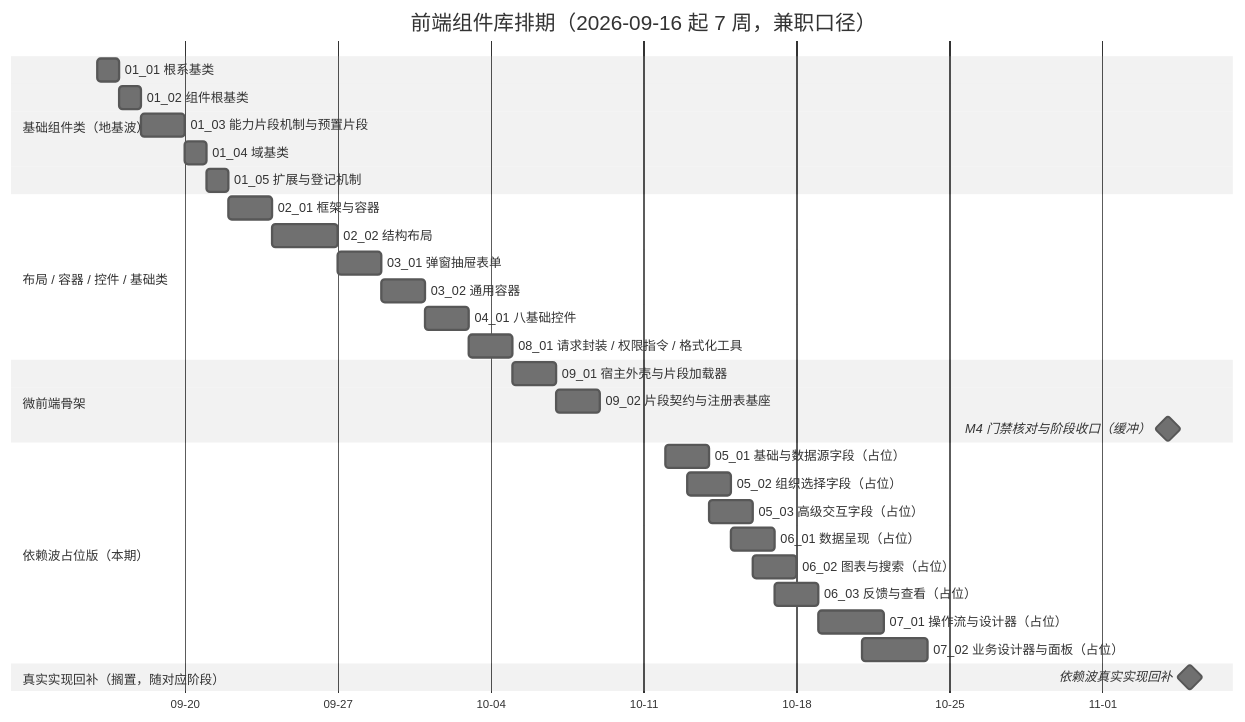
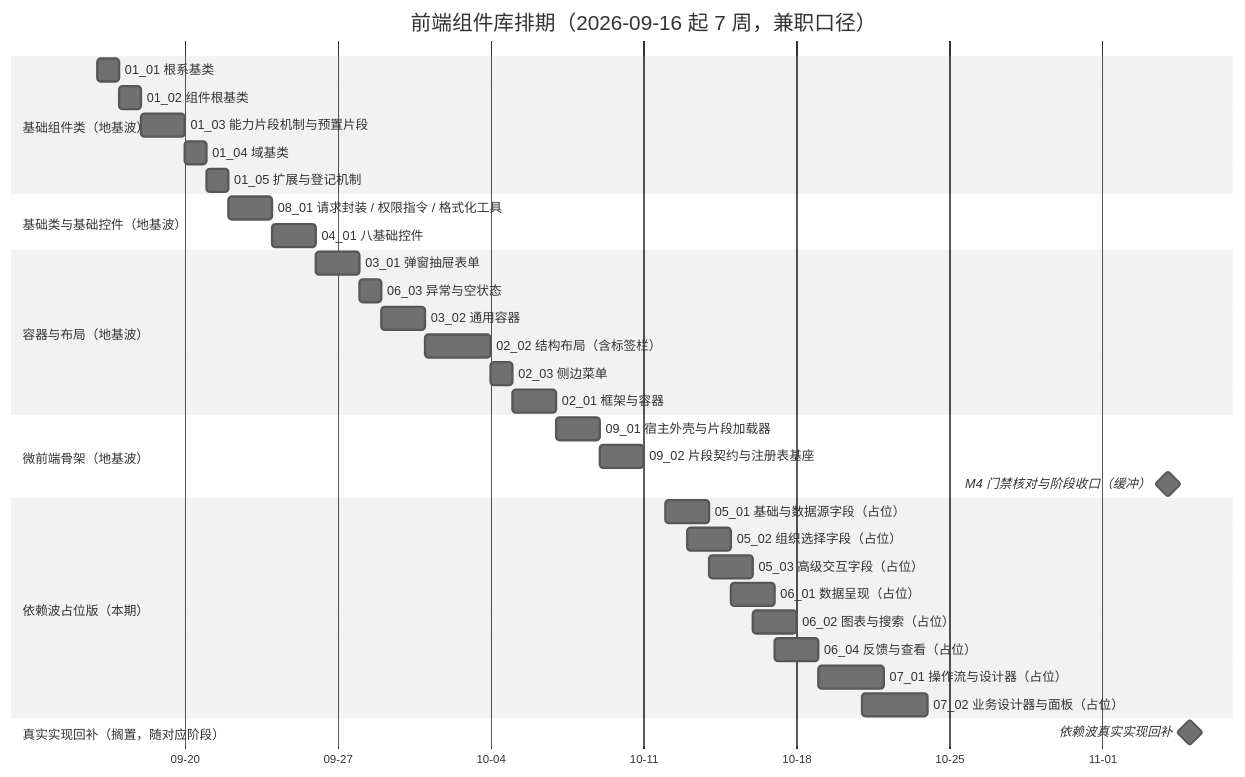
One commit to minjian123/basic-management-system changed the diagram in bms文档/项目/04_前端组件库/计划/01_计划_前端组件库.md. Above: the diagram before and after it, drawn with Mermaid (neutral theme). The commit also changed other lines of this file and 33 other files, not shown here.

````diff
--- a/bms文档/项目/04_前端组件库/计划/01_计划_前端组件库.md
+++ b/bms文档/项目/04_前端组件库/计划/01_计划_前端组件库.md
@@ -60,34 +67,37 @@
 ```mermaid
 gantt
     title 前端组件库排期（2026-09-16 起 7 周，兼职口径）
     dateFormat  YYYY-MM-DD
     axisFormat %m-%d
     section 基础组件类（地基波）
     01_01 根系基类 :t0101, 2026-09-16, 1d
     01_02 组件根基类 :t0102, 2026-09-17, 1d
     01_03 能力片段机制与预置片段 :t0103, 2026-09-18, 2d
     01_04 域基类 :t0104, 2026-09-20, 1d
     01_05 扩展与登记机制 :t0105, 2026-09-21, 1d
-    section 布局 / 容器 / 控件 / 基础类
-    02_01 框架与容器 :t0201, 2026-09-22, 2d
-    02_02 结构布局 :t0202, 2026-09-24, 3d
-    03_01 弹窗抽屉表单 :t0301, 2026-09-27, 2d
+    section 基础类与基础控件（地基波）
+    08_01 请求封装 / 权限指令 / 格式化工具 :t0801, 2026-09-22, 2d
+    04_01 八基础控件 :t0401, 2026-09-24, 2d
+    section 容器与布局（地基波）
+    03_01 弹窗抽屉表单 :t0301, 2026-09-26, 2d
+    06_03 异常与空状态 :t0603, 2026-09-28, 1d
     03_02 通用容器 :t0302, 2026-09-29, 2d
-    04_01 八基础控件 :t0401, 2026-10-01, 2d
-    08_01 请求封装 / 权限指令 / 格式化工具 :t0801, 2026-10-03, 2d
-    section 微前端骨架
-    09_01 宿主外壳与片段加载器 :t0901, 2026-10-05, 2d
-    09_02 片段契约与注册表基座 :t0902, 2026-10-07, 2d
+    02_02 结构布局（含标签栏） :t0202, 2026-10-01, 3d
+    02_03 侧边菜单 :t0203, 2026-10-04, 1d
+    02_01 框架与容器 :t0201, 2026-10-05, 2d
+    section 微前端骨架（地基波）
+    09_01 宿主外壳与片段加载器 :t0901, 2026-10-07, 2d
+    09_02 片段契约与注册表基座 :t0902, 2026-10-09, 2d
     M4 门禁核对与阶段收口（缓冲） :milestone, mm4, 2026-11-04, 0d
     section 依赖波占位版（本期）
     05_01 基础与数据源字段（占位） :t0501, 2026-10-12, 2d
     05_02 组织选择字段（占位） :t0502, 2026-10-13, 2d
     05_03 高级交互字段（占位） :t0503, 2026-10-14, 2d
     06_01 数据呈现（占位） :t0601, 2026-10-15, 2d
     06_02 图表与搜索（占位） :t0602, 2026-10-16, 2d
-    06_03 反馈与查看（占位） :t0603, 2026-10-17, 2d
+    06_04 反馈与查看（占位） :t0604, 2026-10-17, 2d
     07_01 操作流与设计器（占位） :t0701, 2026-10-19, 3d
     07_02 业务设计器与面板（占位） :t0702, 2026-10-21, 3d
     section 真实实现回补（搁置，随对应阶段）
     依赖波真实实现回补 :milestone, mdefer, 2026-11-05, 0d
 ```
````
